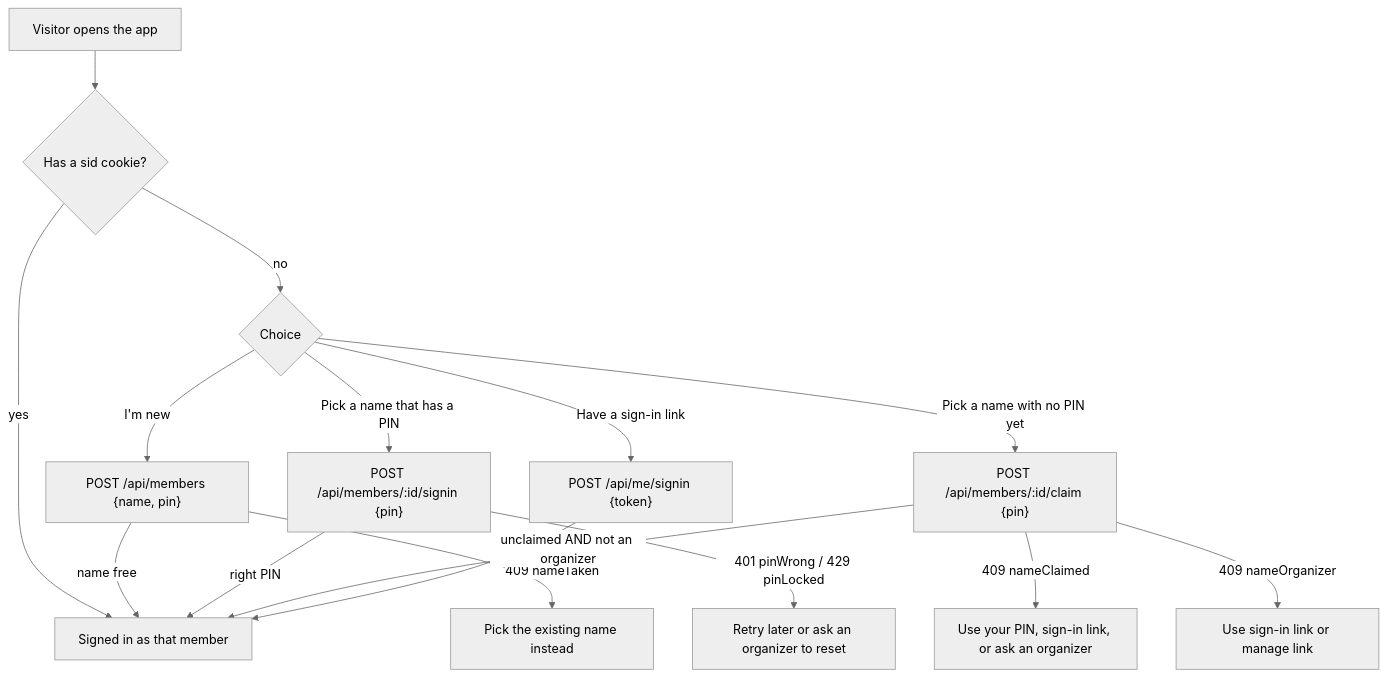
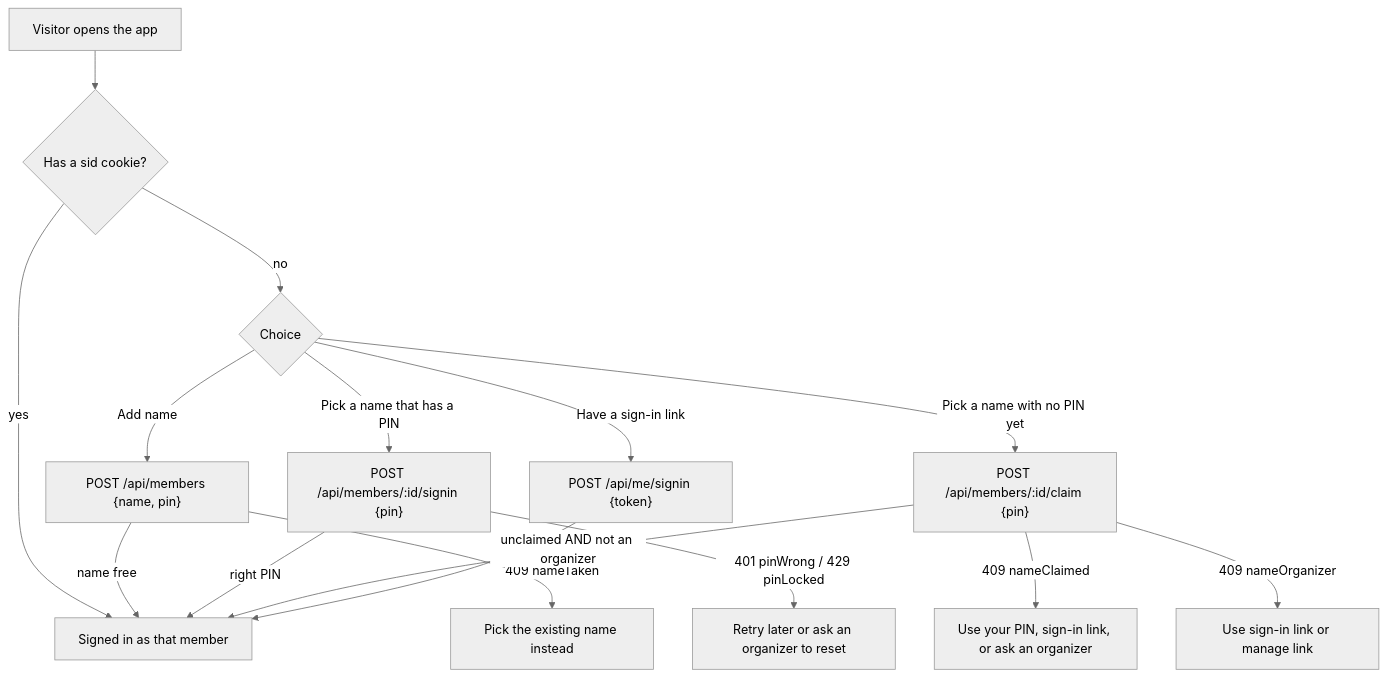
The first of 2 diagrams in docs/03-identity-and-roles.md (ThienNg65/event-planner), drawn with Mermaid (neutral theme) before and after one commit. The commit also changed other lines of this file and 26 other files, not shown here.

````diff
--- a/docs/03-identity-and-roles.md
+++ b/docs/03-identity-and-roles.md
@@ -22,17 +24,17 @@
 ```mermaid
 flowchart TD
     A[Visitor opens the app] --> B{Has a sid cookie?}
     B -- yes --> Z[Signed in as that member]
     B -- no --> C{Choice}
-    C -- "I'm new" --> D["POST /api/members {name, pin}"]
+    C -- "Add name" --> D["POST /api/members {name, pin}"]
     D -- name free --> Z
     D -- "409 nameTaken" --> E[Pick the existing name instead]
     C -- "Pick a name that has a PIN" --> P["POST /api/members/:id/signin {pin}"]
     P -- right PIN --> Z
     P -- "401 pinWrong / 429 pinLocked" --> Q[Retry later or ask an organizer to reset]
     C -- "Pick a name with no PIN yet" --> F["POST /api/members/:id/claim {pin}"]
     F -- "unclaimed AND not an organizer" --> Z
     F -- "409 nameClaimed" --> G[Use your PIN, sign-in link, or ask an organizer]
     F -- "409 nameOrganizer" --> H[Use sign-in link or manage link]
     C -- Have a sign-in link --> I["POST /api/me/signin {token}"] --> Z
 ```
````
